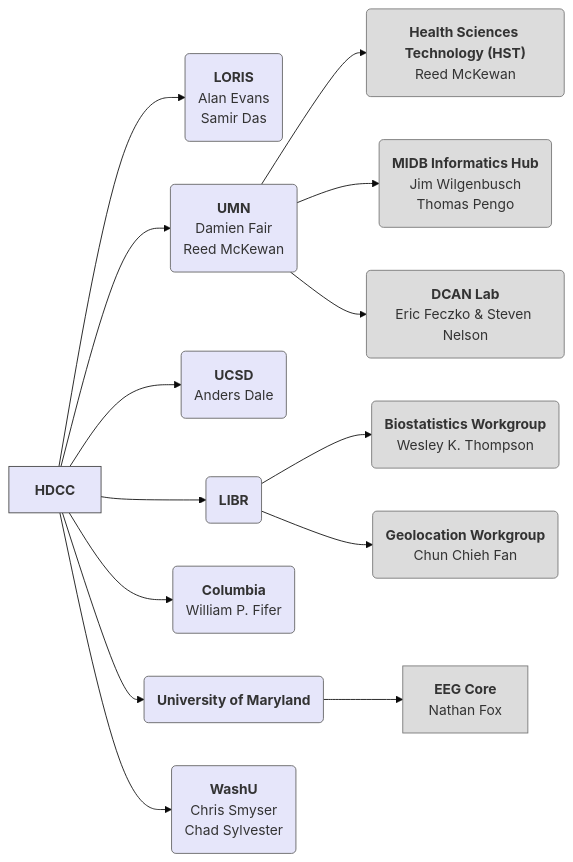
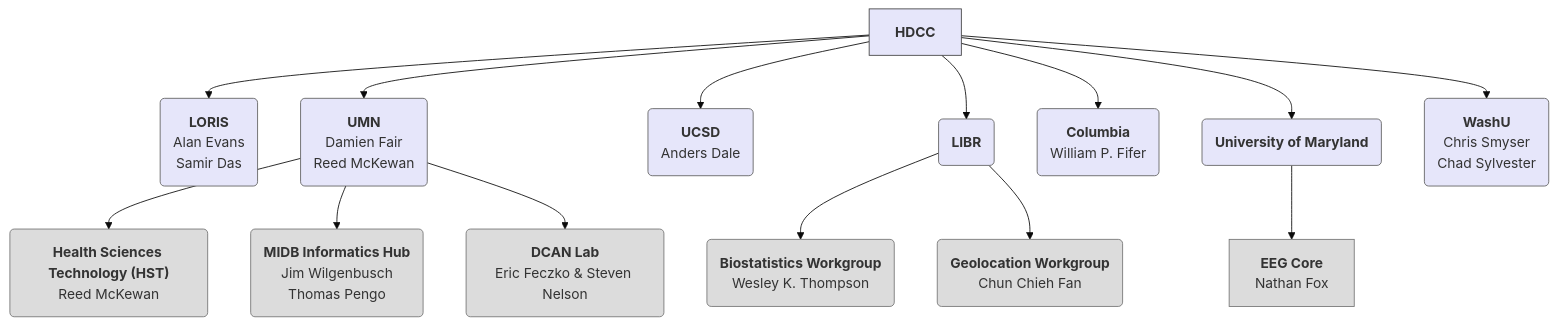
The first of 10 diagrams in docs/orgcharts.md (DCAN-Labs/hbcd-docs-internal), drawn with Mermaid (base theme) before and after one commit.

Commit message:
overview TB

````diff
--- a/docs/orgcharts.md
+++ b/docs/orgcharts.md
@@ -7,50 +7,50 @@
 ```mermaid
 ---
 config:
   layout: dagre
 ---
-flowchart LR
+flowchart TB
     A["<strong>HDCC</strong>"] --> E["<b>LORIS</b><br>Alan Evans<br>Samir Das"] & F["<b>UMN</b><br>Damien Fair<br>Reed McKewan"] & G["<b>UCSD</b><br>Anders Dale"] & H["<b>LIBR</b><br>"] & n1["<b>Columbia</b><br>William P. Fifer"] & n16["<b>University of Maryland</b>"] & washu["<b>WashU</b><br>Chris Smyser<br>Chad Sylvester"]
     F --> n6["<b>Health Sciences Technology (HST)</b><br>Reed McKewan"] & n7["<b>MIDB Informatics Hub</b><br>Jim Wilgenbusch<br>Thomas Pengo"] & n8["<b>DCAN Lab</b><br>Eric Feczko &amp; Steven Nelson"]
     H --> n14["<b>Biostatistics Workgroup</b><br>Wesley K. Thompson"] & n15["<b>Geolocation Workgroup</b><br>Chun Chieh Fan"]
     n16 --> n17["<b>EEG Core</b><br>Nathan Fox"]
     A@{ shape: rect}
     E@{ shape: rounded}
     F@{ shape: rounded}
     G@{ shape: rounded}
     H@{ shape: rounded}
     n1@{ shape: rounded}
     n16@{ shape: rounded}
     washu@{ shape: rounded}
     n6@{ shape: rounded}
     n7@{ shape: rounded}
     n8@{ shape: rounded}
     n14@{ shape: rounded}
     n15@{ shape: rounded}
     style A fill:#e6e6fa,stroke:#424242
     style E fill:#e6e6fa,stroke:#616161
     style F fill:#e6e6fa,stroke:#616161
     style G fill:#e6e6fa,stroke:#616161
     style H fill:#e6e6fa,stroke:#616161
     style n1 fill:#e6e6fa,stroke:#616161
     style n16 fill:#e6e6fa,stroke:#616161
     style washu fill:#e6e6fa,stroke:#616161
     style n6 fill:#dcdcdc,stroke:#757575
     style n7 fill:#dcdcdc,stroke:#757575
     style n8 fill:#dcdcdc,stroke:#757575
     style n14 fill:#dcdcdc,stroke:#757575
     style n15 fill:#dcdcdc,stroke:#757575
     style n17 fill:#dcdcdc,stroke:#757575
     click E "#loris"
     click F "#university-of-minnesota"
     click G "#ucsd"
     click H "#libr"
     click n1 "#columbia-university"
     click washu "#washu"
     click n6 "#health-sciences-technology-hst"
     click n7 "#midb-informatics-hub-msi"
     click n8 "#dcan-lab"
     click n17 "#umd-eeg-core"
     click n14 "#thompson"
     click n15 "#fan"
 ```
````
